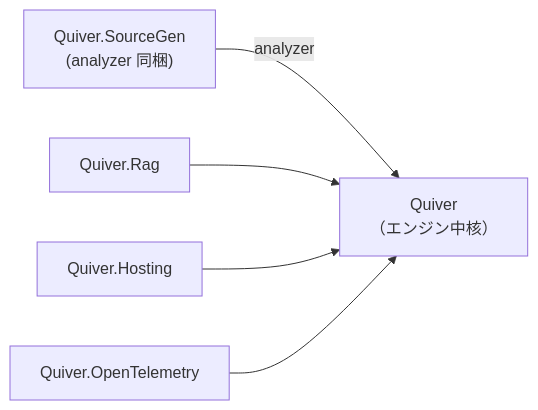
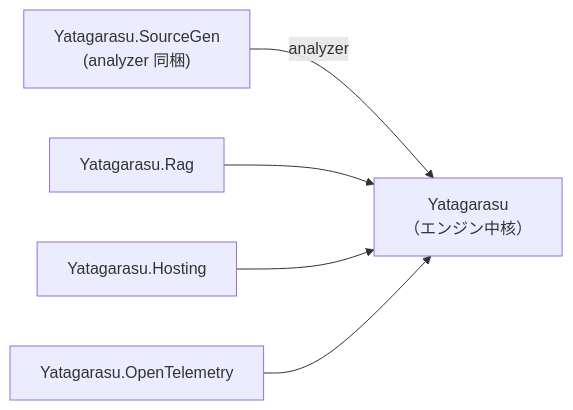
The fifth of 5 diagrams in docs/architecture-diagrams.md (delicioustuna/Quiver), drawn with Mermaid before and after one commit. The commit also changed other lines of this file and 1510 other files, not shown here.

Commit message:
feat!: rename Quiver to Yatagarasu

````diff
--- a/docs/architecture-diagrams.md
+++ b/docs/architecture-diagrams.md
@@ -144,12 +144,12 @@
 ```mermaid
 flowchart LR
-    SG["Quiver.SourceGen<br/>(analyzer 同梱)"]
-    Core["Quiver<br/>（エンジン中核）"]
-    Rag["Quiver.Rag"]
-    Host["Quiver.Hosting"]
-    OTel["Quiver.OpenTelemetry"]
+    SG["Yatagarasu.SourceGen<br/>(analyzer 同梱)"]
+    Core["Yatagarasu<br/>（エンジン中核）"]
+    Rag["Yatagarasu.Rag"]
+    Host["Yatagarasu.Hosting"]
+    OTel["Yatagarasu.OpenTelemetry"]
     SG -- analyzer --> Core
     Rag --> Core
     Host --> Core
     OTel --> Core
 ```
````
